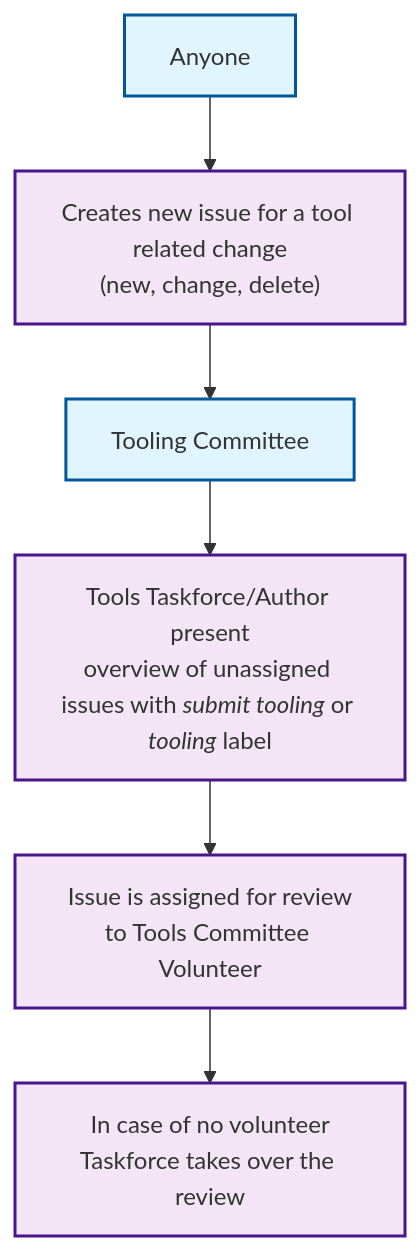
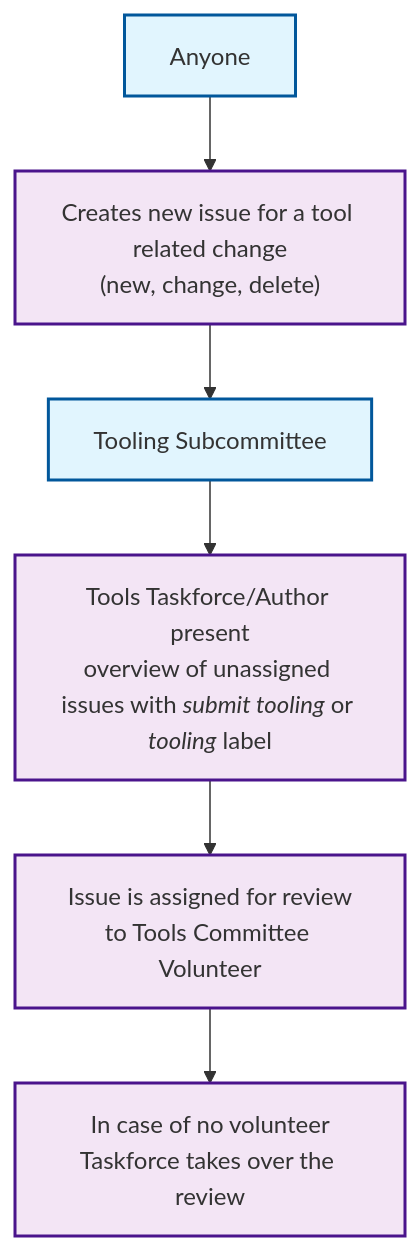
The first of 4 diagrams in arewesafetycriticalyet.org/docs/tooling/rfc-tools-review.md (rustfoundation/safety-critical-rust-consortium), drawn with Mermaid before and after one commit.

````diff
--- a/arewesafetycriticalyet.org/docs/tooling/rfc-tools-review.md
+++ b/arewesafetycriticalyet.org/docs/tooling/rfc-tools-review.md
@@ -40,16 +40,16 @@
 ```mermaid
 flowchart TD
     %% Assigning Phase
     A1[Anyone] --> A2["Creates new issue for a tool related change<br/>(new, change, delete)"]
-    A2 --> A3[Tooling Committee]
+    A2 --> A3[Tooling Subcommittee]
     A3 --> A4[Tools Taskforce/Author present<br/>overview of unassigned issues with <em>submit tooling</em> or <em>tooling</em> label]
     A4 --> A5[Issue is assigned for review<br/>to Tools Committee Volunteer]
     A5 --> A6[In case of no volunteer<br/>Taskforce takes over the review]
 
     %% Styling
     classDef actor fill:#e1f5fe,stroke:#01579b,stroke-width:2px
     classDef process fill:#f3e5f5,stroke:#4a148c,stroke-width:2px
 
     class A1,A3 actor
     class A2,A4,A5,A6 process
 ```
````
